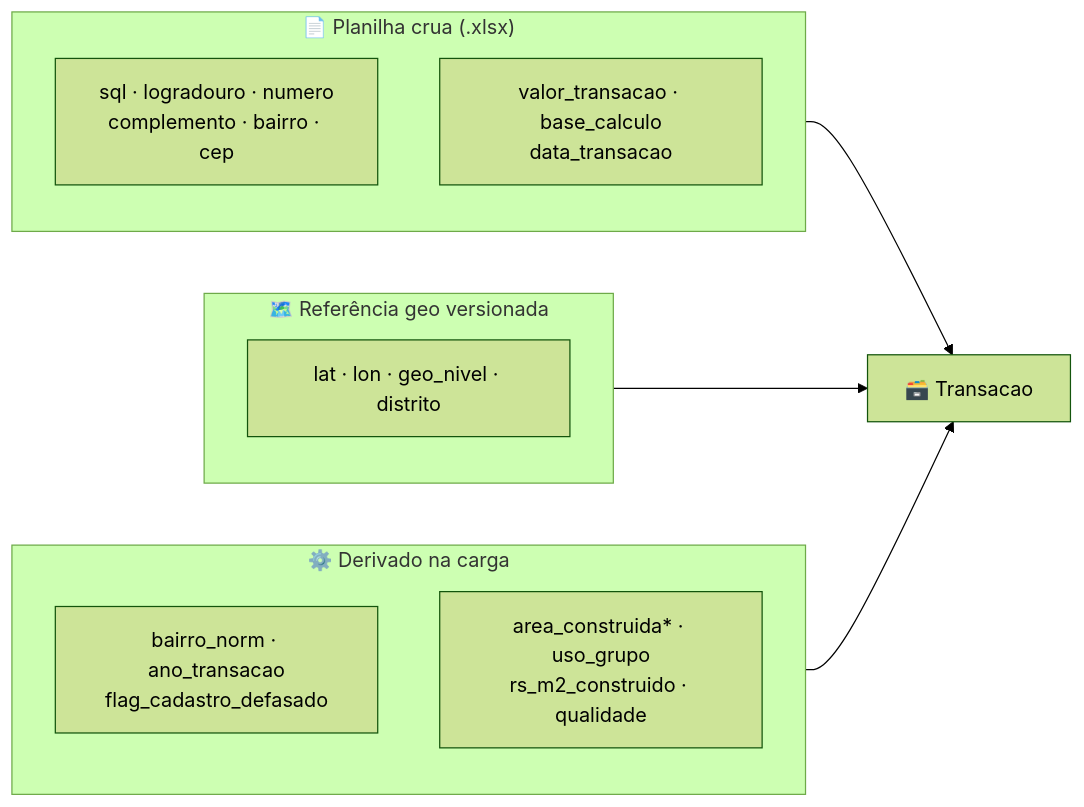
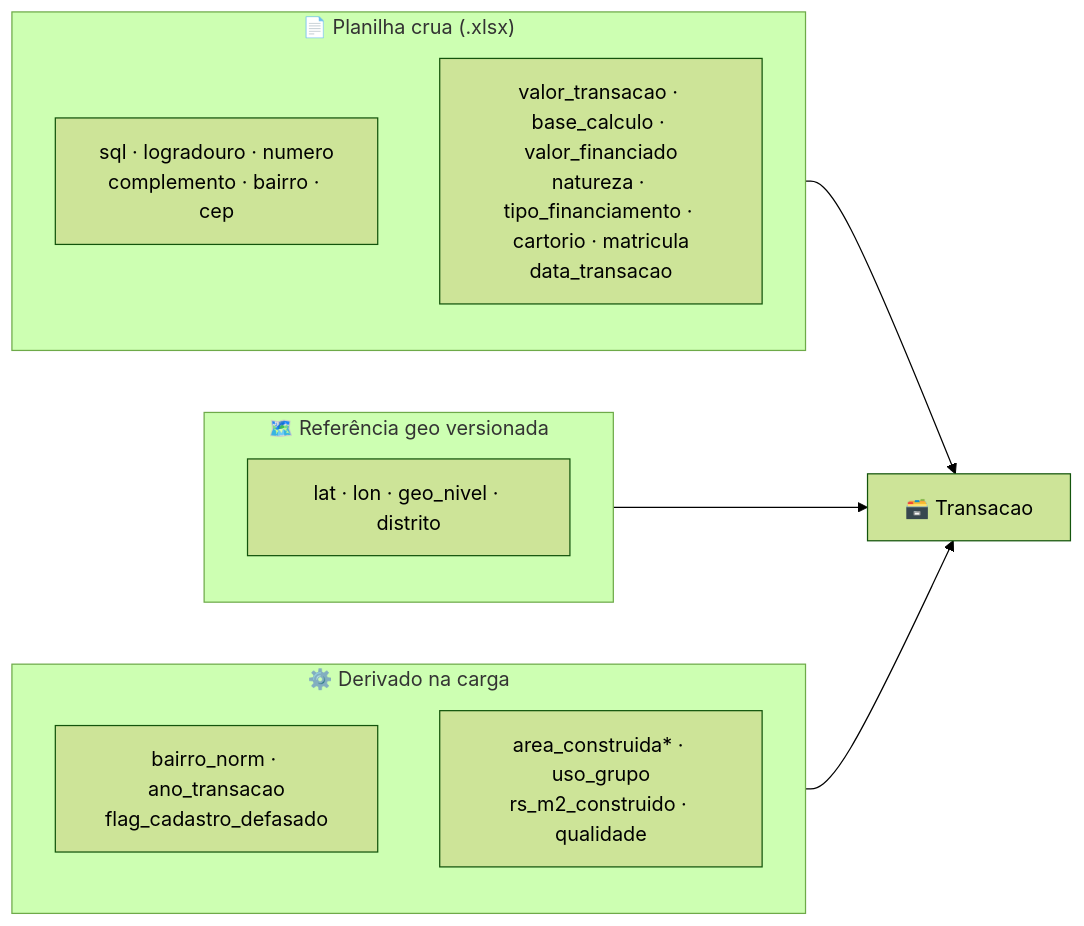
Before and after one commit to patrick-univesp/projeto-integrador-2-radarmoradiasp: the first of 6 diagrams in docs/modelo-transacao.md, drawn with Mermaid (forest theme). The commit also changed other lines of this file and 14 other files, not shown here.

````diff
--- a/docs/modelo-transacao.md
+++ b/docs/modelo-transacao.md
@@ -38,20 +40,20 @@
 ```mermaid
 flowchart LR
     subgraph P["📄 Planilha crua (.xlsx)"]
         direction TB
         P1["sql · logradouro · numero<br/>complemento · bairro · cep"]
-        P2["valor_transacao · base_calculo<br/>data_transacao"]
+        P2["valor_transacao · base_calculo · valor_financiado<br/>natureza · tipo_financiamento · cartorio · matricula<br/>data_transacao"]
     end
     subgraph G["🗺️ Referência geo versionada"]
         direction TB
         G1["lat · lon · geo_nivel · distrito"]
     end
     subgraph D["⚙️ Derivado na carga"]
         direction TB
         D1["bairro_norm · ano_transacao<br/>flag_cadastro_defasado"]
         D2["area_construida* · uso_grupo<br/>rs_m2_construido · qualidade"]
     end
     P --> T["🗃️ Transacao"]
     G --> T
     D --> T
 ```
````
